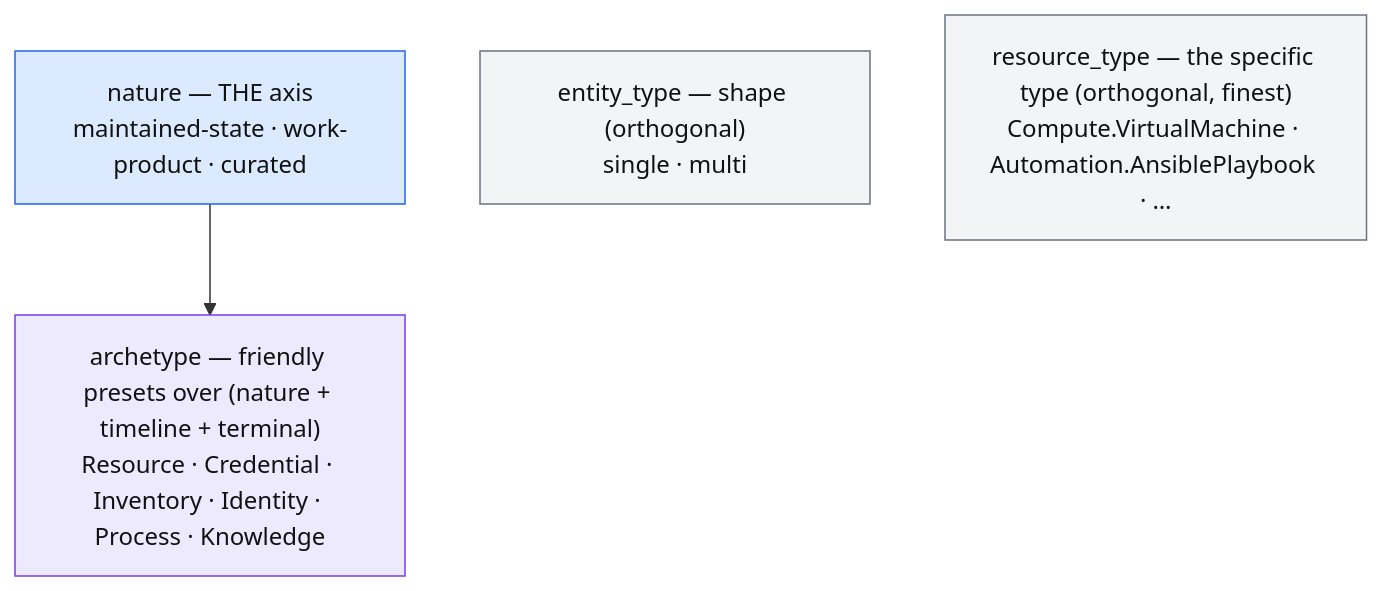
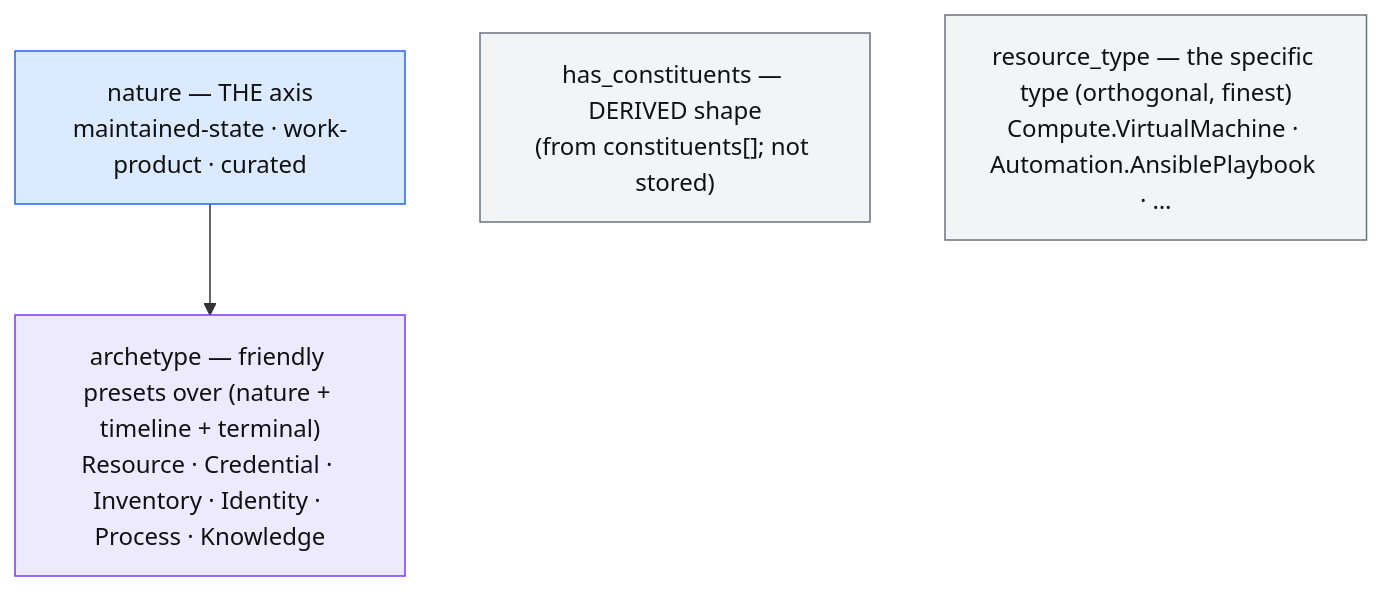
One commit to croadfeldt/udlm changed the diagram in design-principles/naming-charter.md. Above: the diagram before and after it, drawn with Mermaid. The commit also changed other lines of this file and 1 other file, not shown here.

First line of the commit message:
docs: reconcile naming charter with tonight's work + retarget freeze to 0.1

````diff
--- a/design-principles/naming-charter.md
+++ b/design-principles/naming-charter.md
@@ -36,10 +36,10 @@
 ```mermaid
 flowchart TD
     NAT["nature — THE axis<br/>maintained-state · work-product · curated"]:::axis
     NAT --> AR["archetype — friendly presets over (nature + timeline + terminal)<br/>Resource · Credential · Inventory · Identity · Process · Knowledge"]:::preset
-    ET["entity_type — shape (orthogonal)<br/>single · multi"]:::orth
+    ET["has_constituents — DERIVED shape<br/>(from constituents[]; not stored)"]:::orth
     RT["resource_type — the specific type (orthogonal, finest)<br/>Compute.VirtualMachine · Automation.AnsiblePlaybook · …"]:::orth
     classDef axis fill:#dbeafe,stroke:#2563eb,color:#111
     classDef preset fill:#ede9fe,stroke:#7c3aed,color:#111
     classDef orth fill:#f3f4f6,stroke:#6b7280,color:#111
 ```
````
